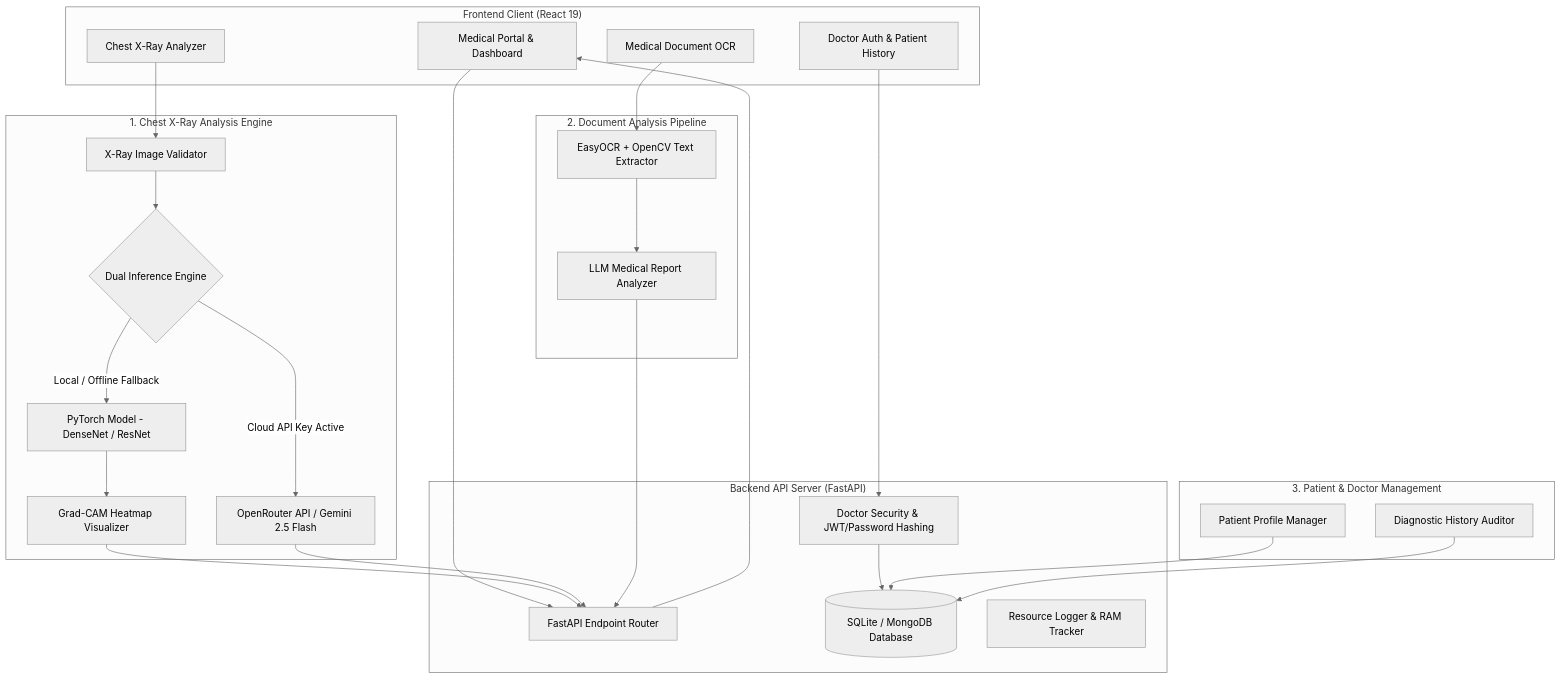
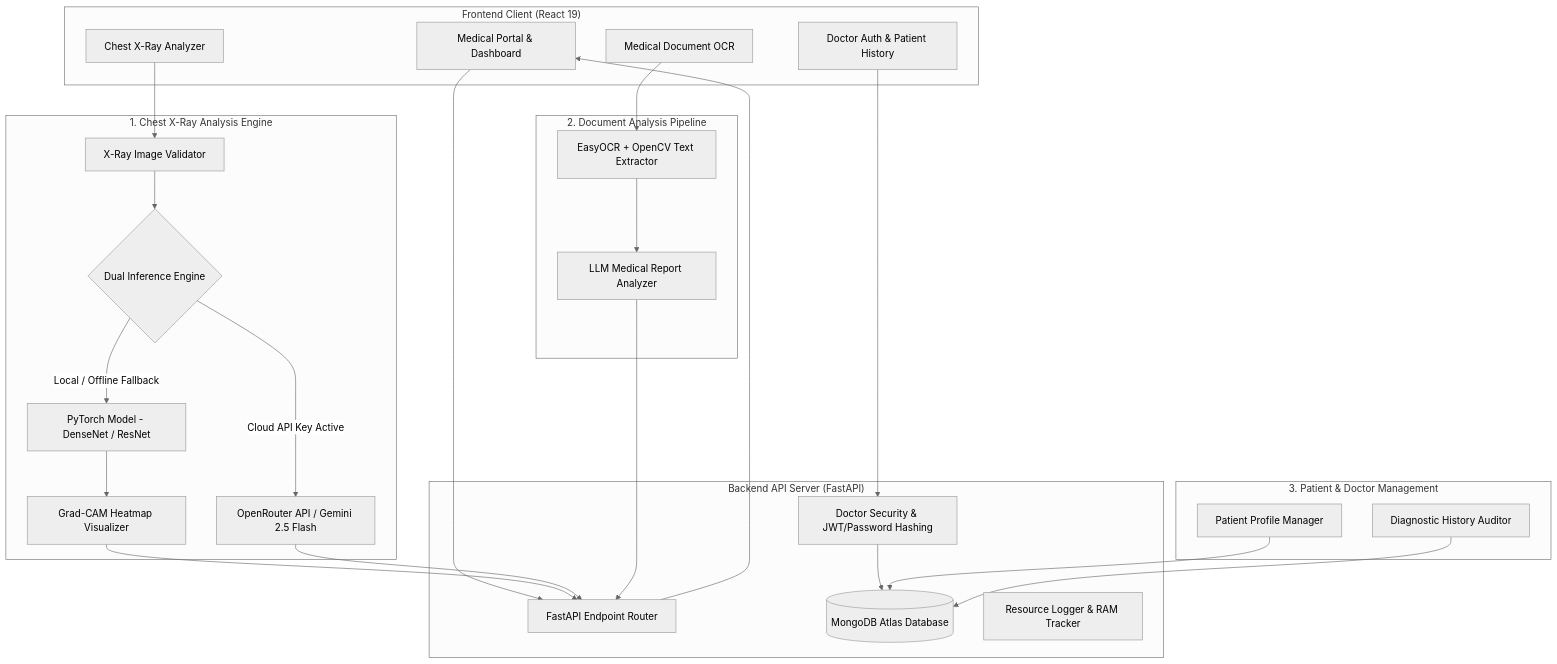
One commit to Varsha-s-gowda/MediscanAI changed the diagram in README.md. Above: the diagram before and after it, drawn with Mermaid (neutral theme). The commit also changed other lines of this file and 6 other files, not shown here.

````diff
--- a/README.md
+++ b/README.md
@@ -11,54 +11,54 @@
 ```mermaid
 graph TD
     subgraph Client ["Frontend Client (React 19)"]
         UI[Medical Portal & Dashboard]
         XrayModule[Chest X-Ray Analyzer]
         DocModule[Medical Document OCR]
         HistModule[Doctor Auth & Patient History]
     end
 
     subgraph Backend ["Backend API Server (FastAPI)"]
         API[FastAPI Endpoint Router]
         AuthEngine[Doctor Security & JWT/Password Hashing]
-        DB[(SQLite / MongoDB Database)]
+        DB[(MongoDB Atlas Database)]
         Middleware[Resource Logger & RAM Tracker]
     end
 
     subgraph Pillar1 ["1. Chest X-Ray Analysis Engine"]
         Validator[X-Ray Image Validator]
         Router{Dual Inference Engine}
         CloudLLM[OpenRouter API / Gemini 2.5 Flash]
         LocalTorch[PyTorch Model - DenseNet / ResNet]
         GradCAM[Grad-CAM Heatmap Visualizer]
     end
 
     subgraph Pillar2 ["2. Document Analysis Pipeline"]
         EasyOCR[EasyOCR + OpenCV Text Extractor]
         ReportLLM[LLM Medical Report Analyzer]
     end
 
     subgraph Pillar3 ["3. Patient & Doctor Management"]
         PatientRec[Patient Profile Manager]
         ScanLog[Diagnostic History Auditor]
     end
 
     UI --> API
     XrayModule --> Validator
     Validator --> Router
     Router -->|Cloud API Key Active| CloudLLM
     Router -->|Local / Offline Fallback| LocalTorch
     LocalTorch --> GradCAM
     
     DocModule --> EasyOCR
     EasyOCR --> ReportLLM
     
     HistModule --> AuthEngine
     AuthEngine --> DB
     PatientRec --> DB
     ScanLog --> DB
 
     GradCAM --> API
     CloudLLM --> API
     ReportLLM --> API
     API --> UI
 ```
````
